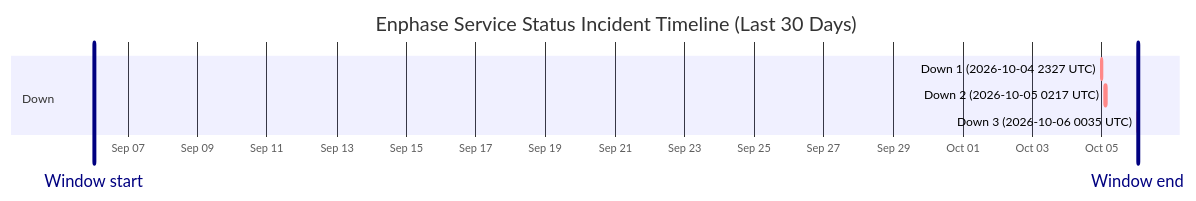
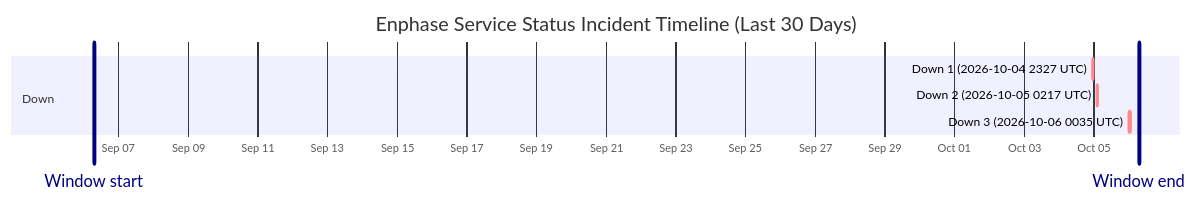
One commit to barneyonline/ha-enphase-energy changed the diagram in wiki/Service-Status-History.md. Above: the diagram before and after it, drawn with Mermaid. The commit also changed other lines of this file and 5 other files, not shown here.

````diff
--- a/wiki/Service-Status-History.md
+++ b/wiki/Service-Status-History.md
@@ -14,12 +14,12 @@
 ```mermaid
 gantt
     title Enphase Service Status Incident Timeline (Last 30 Days)
     dateFormat  YYYY-MM-DDTHH:mm:ss
     axisFormat  %b %d
-    Window start :vert, window-start, 2026-09-06T00:35:21, 0ms
-    Window end :vert, window-end, 2026-10-06T00:35:21, 0ms
+    Window start :vert, window-start, 2026-09-06T07:11:42, 0ms
+    Window end :vert, window-end, 2026-10-06T07:11:42, 0ms
     section Down
     Down 1 (2026-10-04 2327 UTC) :crit, down-1, 2026-10-04T23:27:34, 60m
     Down 2 (2026-10-05 0217 UTC) :crit, down-2, 2026-10-05T02:17:30, 60m
     Down 3 (2026-10-06 0035 UTC) :crit, down-3, 2026-10-06T00:35:21, 60m
 ```
````
